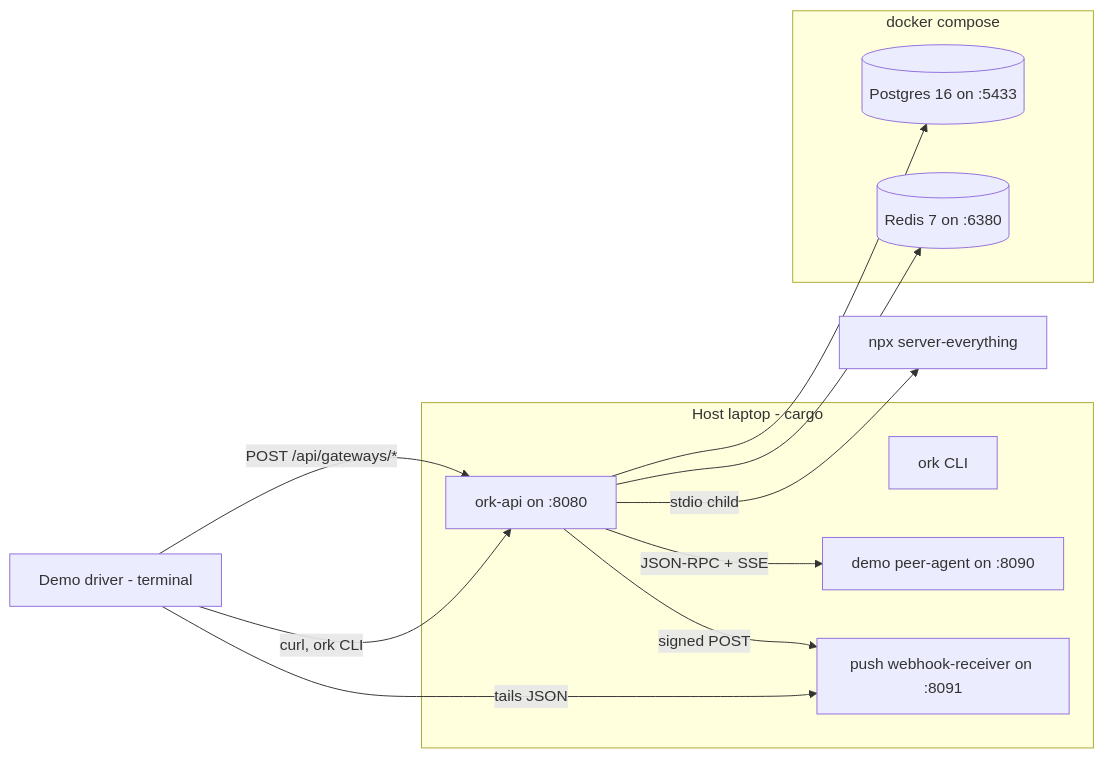
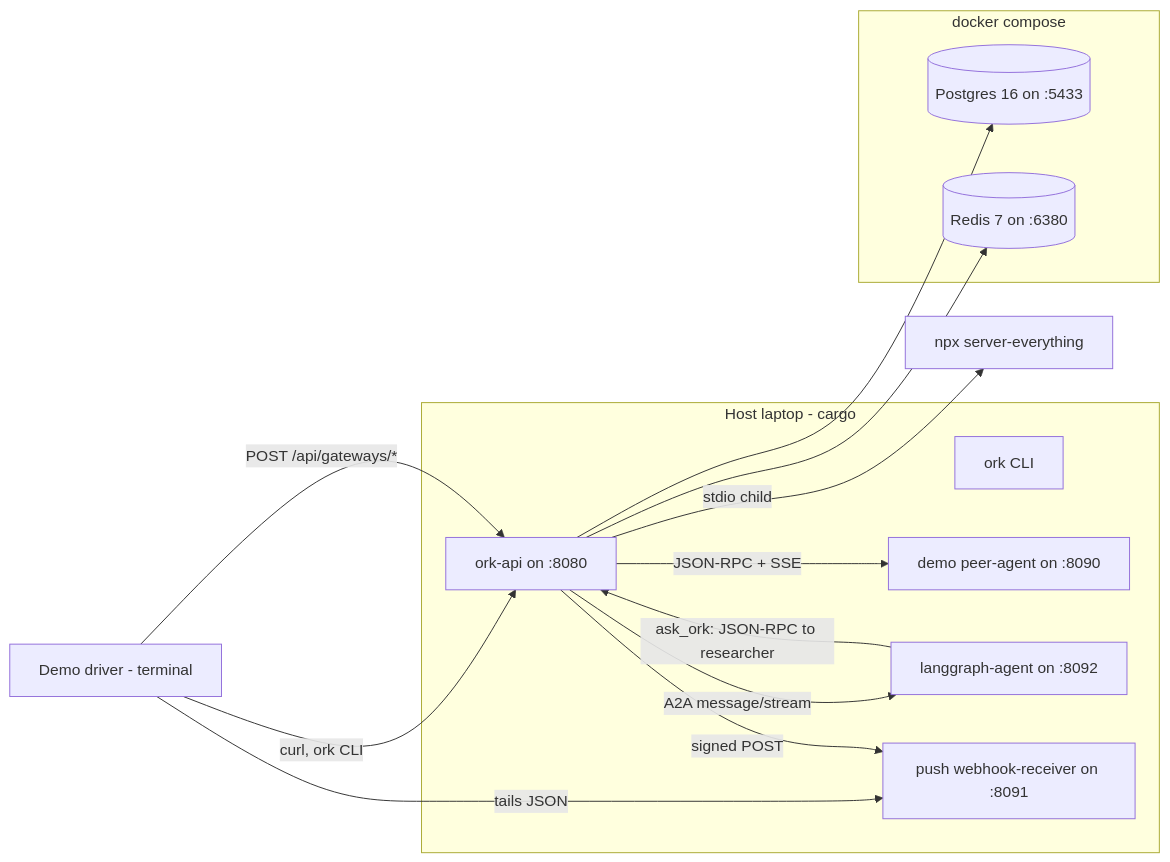
Before and after one commit to profencer/ork: the diagram in demo/README.md, drawn with Mermaid. The commit also changed other lines of this file and 95 other files, not shown here.

````diff
--- a/demo/README.md
+++ b/demo/README.md
@@ -56,21 +89,24 @@
 ```mermaid
 flowchart LR
   subgraph host[Host laptop - cargo]
     orkApi[ork-api on :8080]
     orkCli[ork CLI]
     peer[demo peer-agent on :8090]
+    langgraph[langgraph-agent on :8092]
     receiver[push webhook-receiver on :8091]
   end
   subgraph compose[docker compose]
     pg[(Postgres 16 on :5433)]
     redis[(Redis 7 on :6380)]
   end
   user[Demo driver - terminal] -->|curl, ork CLI| orkApi
   user -->|tails JSON| receiver
   orkApi --> pg
   orkApi --> redis
   orkApi -->|stdio child| mcp[npx server-everything]
   orkApi -->|JSON-RPC + SSE| peer
+  orkApi -->|A2A message/stream| langgraph
+  langgraph -->|ask_ork: JSON-RPC to researcher| orkApi
   orkApi -->|signed POST| receiver
   user -->|POST /api/gateways/*| orkApi
 ```
````
